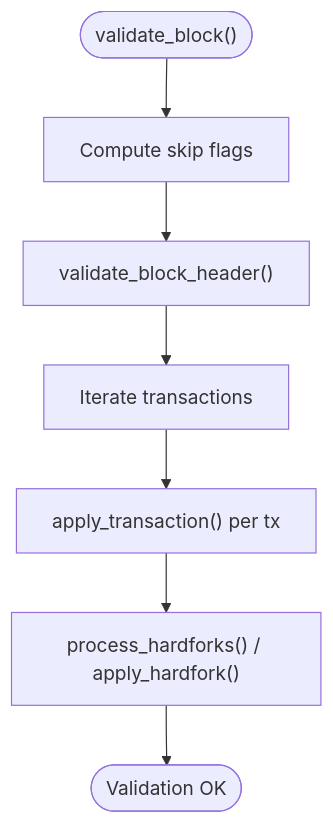
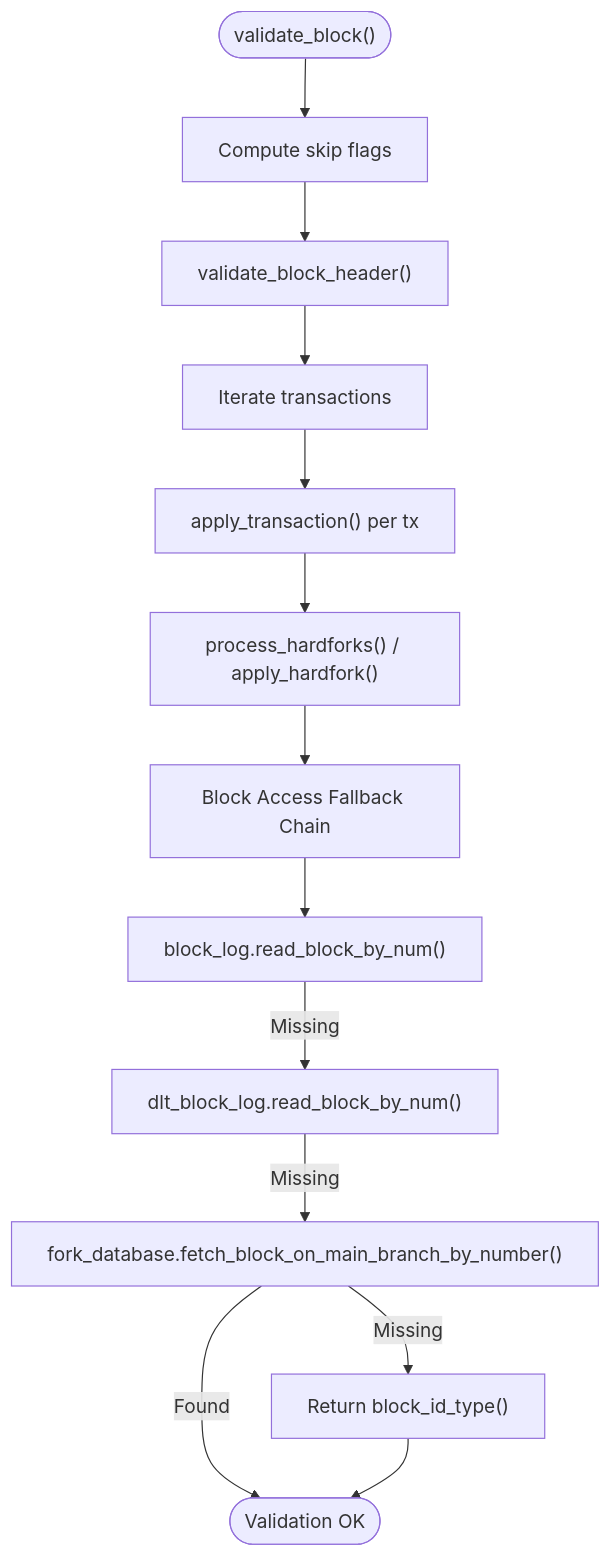
One commit to VIZ-Blockchain/viz-cpp-node changed the third of 9 diagrams in .qoder/repowiki/en/content/Architecture Overview/Data Flow and Processing/Block Processing and Validation.md. Above: the diagram before and after it, drawn with Mermaid. The commit also changed other lines of this file and 5 other files, not shown here.

First line of the commit message:
feat(database): enhance block retrieval with multi-layered fallback strategy

````diff
--- a/.qoder/repowiki/en/content/Architecture Overview/Data Flow and Processing/Block Processing and Validation.md
+++ b/.qoder/repowiki/en/content/Architecture Overview/Data Flow and Processing/Block Processing and Validation.md
@@ -158,9 +178,15 @@
 ```mermaid
 flowchart TD
 Start(["validate_block()"]) --> CheckSkip["Compute skip flags"]
 CheckSkip --> ValidateHeader["validate_block_header()"]
 ValidateHeader --> ExtractTxs["Iterate transactions"]
 ExtractTxs --> ApplyTx["apply_transaction() per tx"]
 ApplyTx --> Hardforks["process_hardforks() / apply_hardfork()"]
-Hardforks --> Done(["Validation OK"])
+Hardforks --> FallbackChain["Block Access Fallback Chain"]
+FallbackChain --> BL["block_log.read_block_by_num()"]
+BL --> |Missing| DLT["dlt_block_log.read_block_by_num()"]
+DLT --> |Missing| FD["fork_database.fetch_block_on_main_branch_by_number()"]
+FD --> |Found| Done(["Validation OK"])
+FD --> |Missing| Error["Return block_id_type()"]
+Error --> Done
 ```
````
